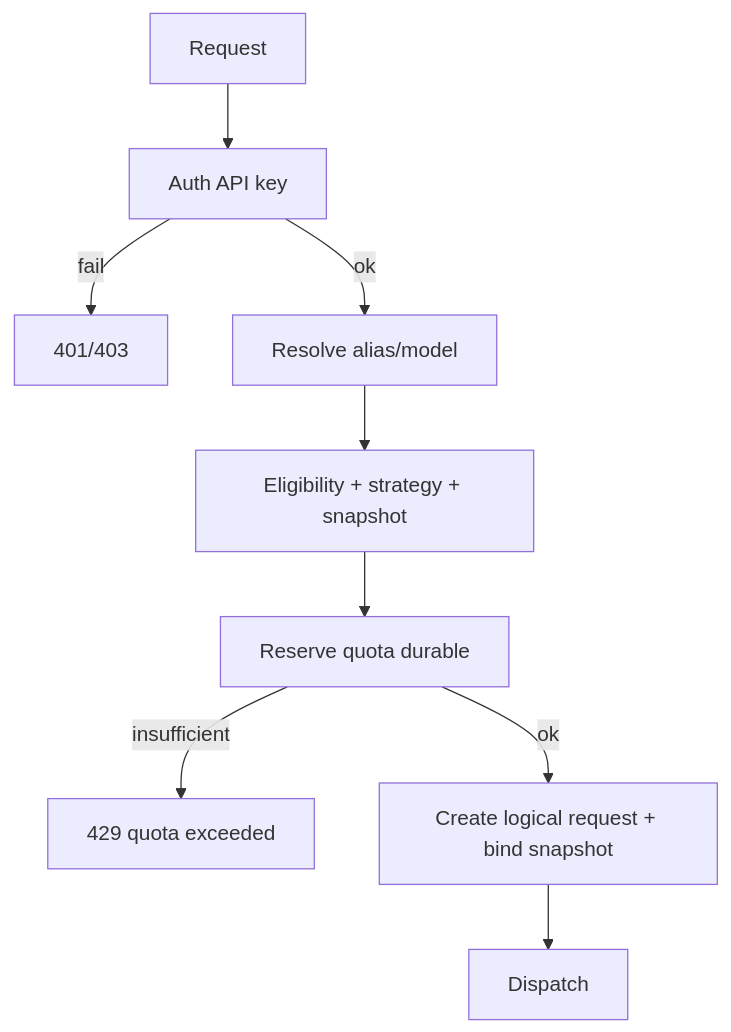
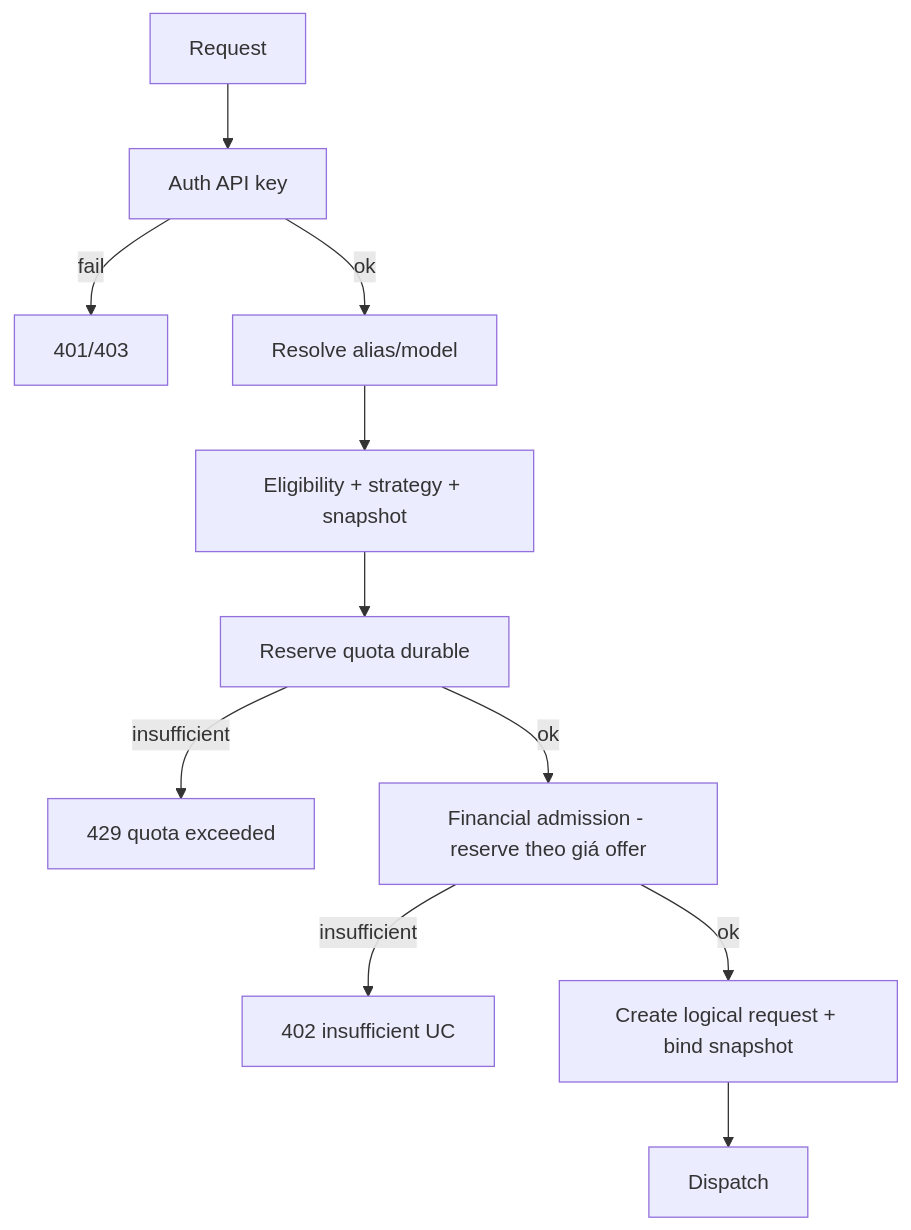
The third of 7 diagrams in docs/applications/llm-api/01-architecture.md (ecoma-io/ecoma), drawn with Mermaid before and after one commit. The commit also changed other lines of this file and 19 other files, not shown here.

````diff
--- a/docs/applications/llm-api/01-architecture.md
+++ b/docs/applications/llm-api/01-architecture.md
@@ -179,11 +183,13 @@
 ```mermaid
 flowchart TD
   R[Request] --> A[Auth API key]
   A -->|fail| E1[401/403]
   A -->|ok| RS[Resolve alias/model]
   RS --> EL[Eligibility + strategy + snapshot]
   EL --> Q[Reserve quota durable]
   Q -->|insufficient| E2[429 quota exceeded]
-  Q -->|ok| LR[Create logical request + bind snapshot]
+  Q -->|ok| FA[Financial admission - reserve theo giá offer]
+  FA -->|insufficient| E3[402 insufficient UC]
+  FA -->|ok| LR[Create logical request + bind snapshot]
   LR --> D[Dispatch]
 ```
````
